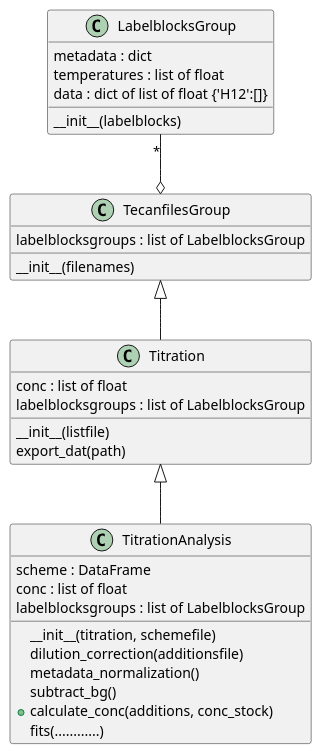
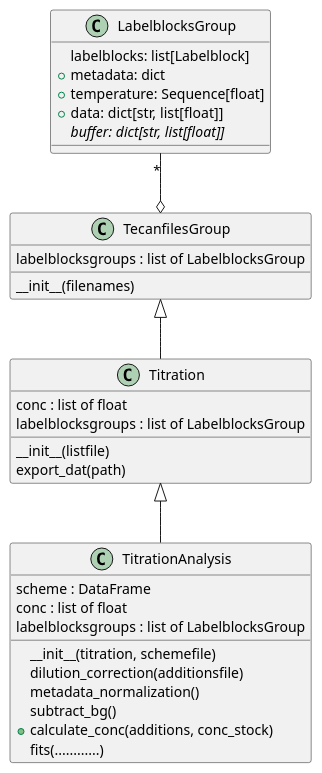
Before and after one commit to darosio/ClopHfit: the second of 2 diagrams in docs/api/api.rst, drawn with PlantUML. The commit also changed other lines of this file and 3 other files, not shown here.

```diff
--- a/docs/api/api.rst
+++ b/docs/api/api.rst
@@ -62,33 +67,35 @@
 .. uml::
 
     LabelblocksGroup "*" --o TecanfilesGroup
     TecanfilesGroup <|-- Titration
     Titration <|-- TitrationAnalysis
+
+	class LabelblocksGroup{
+	  labelblocks: list[Labelblock]
+	  +metadata: dict
+	  +temperature: Sequence[float]
+	  +data: dict[str, list[float]]
+	  {abstract} buffer: dict[str, list[float]]
+    }
 
    class Titration{
     conc : list of float
     labelblocksgroups : list of LabelblocksGroup
     __init__(listfile)
     export_dat(path)
     }
    class TitrationAnalysis{
     scheme : DataFrame
     conc : list of float
     labelblocksgroups : list of LabelblocksGroup
     __init__(titration, schemefile)
     dilution_correction(additionsfile)
     metadata_normalization()
     subtract_bg()
     +calculate_conc(additions, conc_stock)
     fits(............)
     }
-   class LabelblocksGroup{
-    metadata : dict
-    temperatures : list of float
-    data : dict of list of float {'H12':[]}
-    __init__(labelblocks)
-    }
    class TecanfilesGroup{
     labelblocksgroups : list of LabelblocksGroup
     __init__(filenames)
     }
```
